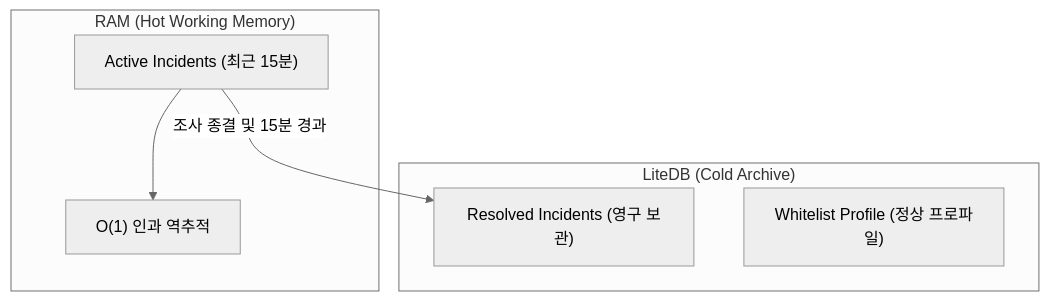
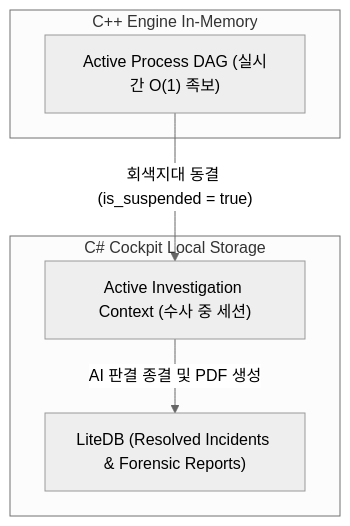
One commit to jin20203458/Obsidian.Agent changed the second of 2 diagrams in Phalanx/docs/02_ai_agent_investigation_design.md. Above: the diagram before and after it, drawn with Mermaid (neutral theme). The commit also changed other lines of this file and 4 other files, not shown here.

Commit message:
docs(phalanx): bold restructuring of architecture and roadmap to 2-tier native C++ engine and C# AI cockpit

````diff
--- a/Phalanx/docs/02_ai_agent_investigation_design.md
+++ b/Phalanx/docs/02_ai_agent_investigation_design.md
@@ -78,14 +78,14 @@
 ```mermaid
 flowchart TD
-    subgraph RAM ["RAM (Hot Working Memory)"]
-        Active["Active Incidents (최근 15분)"]
-        Active --> QuickQuery["O(1) 인과 역추적"]
+    subgraph CPP_RAM ["C++ Engine In-Memory"]
+        Active["Active Process DAG (실시간 O(1) 족보)"]
     end
 
-    subgraph DISK ["LiteDB (Cold Archive)"]
-        Resolved["Resolved Incidents (영구 보관)"]
-        Normal["Whitelist Profile (정상 프로파일)"]
+    subgraph CS_APP ["C# Cockpit Local Storage"]
+        Investigate["Active Investigation Context (수사 중 세션)"]
+        ColdArchive["LiteDB (Resolved Incidents & Forensic Reports)"]
     end
 
-    Active -->|"조사 종결 및 15분 경과"| Resolved
+    Active -->|"회색지대 동결 (is_suspended = true)"| Investigate
+    Investigate -->|"AI 판결 종결 및 PDF 생성"| ColdArchive
 ```
````
